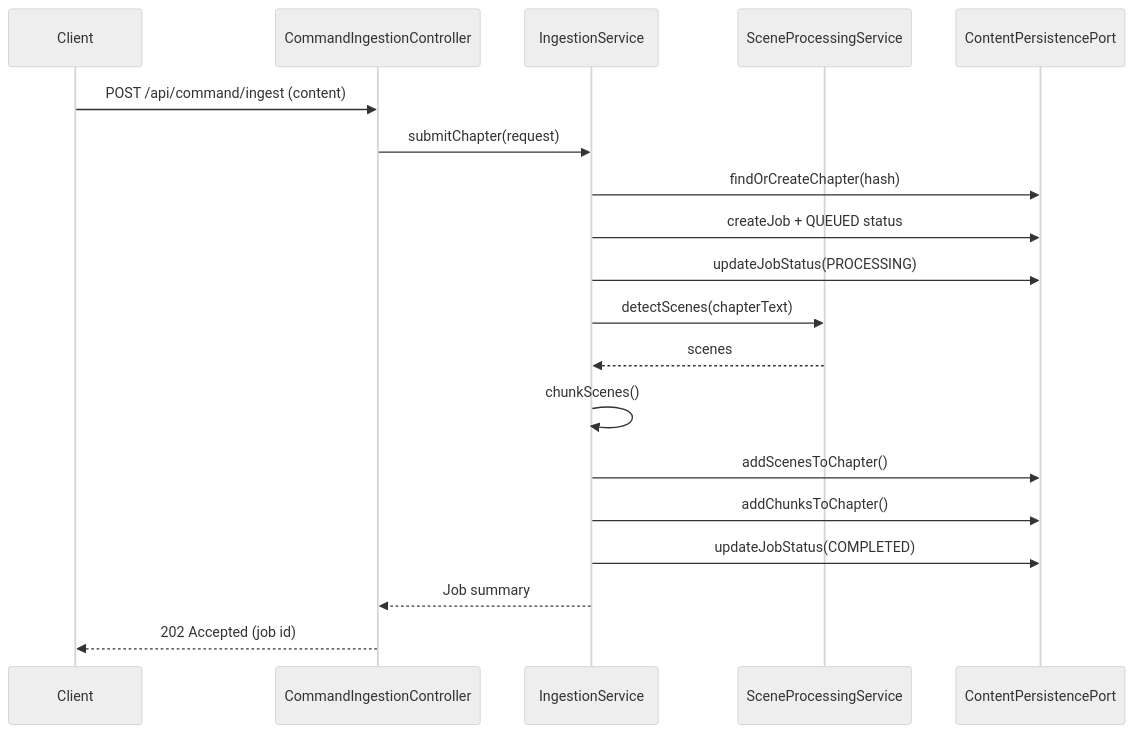
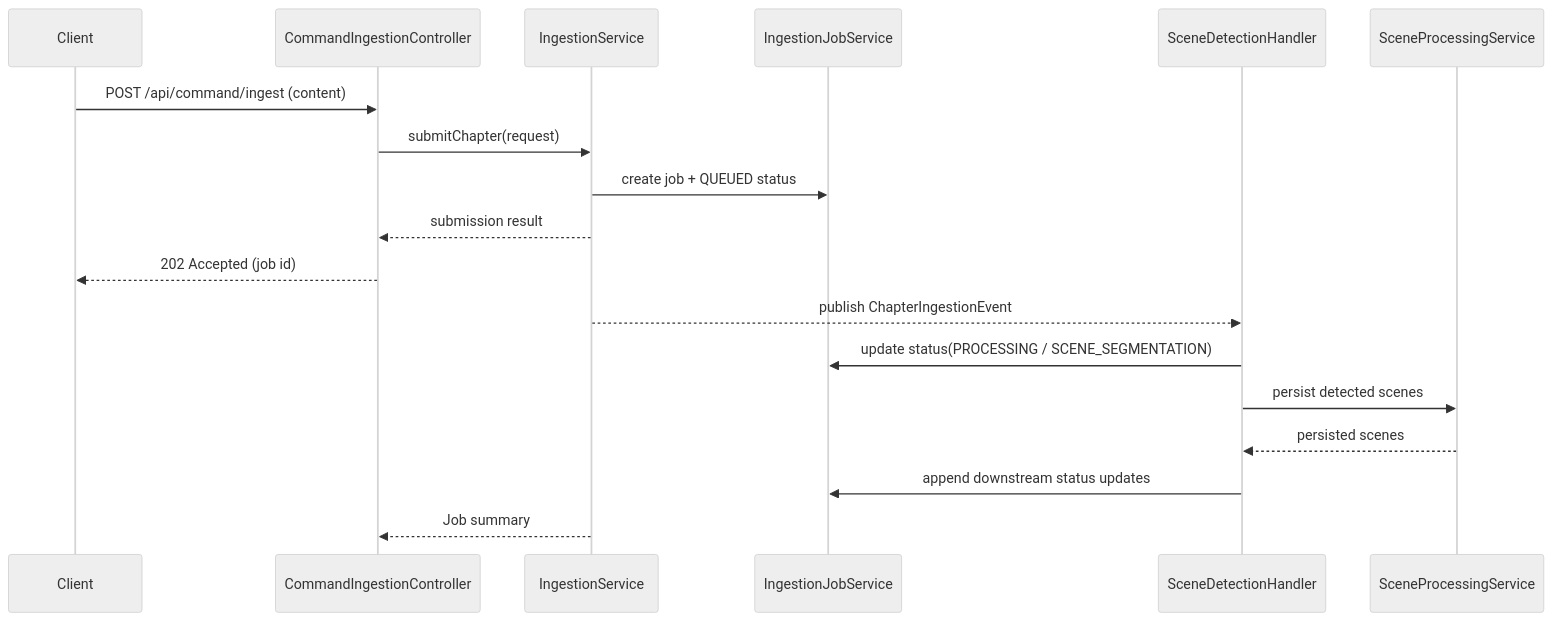
Before and after one commit to chaixdev/lorevault-kb: the second of 2 diagrams in docs/architecture/02-functional-viewpoint.md, drawn with Mermaid (neutral theme). The commit also changed other lines of this file and 29 other files, not shown here.

Commit message:
refactor: finish bounded architecture seam cleanup

````diff
--- a/docs/architecture/02-functional-viewpoint.md
+++ b/docs/architecture/02-functional-viewpoint.md
@@ -62,21 +62,20 @@
 ```mermaid
 sequenceDiagram
     participant Client
     participant API as CommandIngestionController
     participant Ing as IngestionService
-    participant Scene as SceneProcessingService
-    participant Persist as ContentPersistencePort
+    participant Jobs as IngestionJobService
+    participant Scene as SceneDetectionHandler
+    participant Process as SceneProcessingService
     Client->>API: POST /api/command/ingest (content)
     API->>Ing: submitChapter(request)
-    Ing->>Persist: findOrCreateChapter(hash)
-    Ing->>Persist: createJob + QUEUED status
-    Ing->>Persist: updateJobStatus(PROCESSING)
-    Ing->>Scene: detectScenes(chapterText)
-    Scene-->>Ing: scenes
-    Ing->>Ing: chunkScenes()
-    Ing->>Persist: addScenesToChapter()
-    Ing->>Persist: addChunksToChapter()
-    Ing->>Persist: updateJobStatus(COMPLETED)
+    Ing->>Jobs: create job + QUEUED status
+    Ing-->>API: submission result
+    API-->>Client: 202 Accepted (job id)
+    Ing-->>Scene: publish ChapterIngestionEvent
+    Scene->>Jobs: update status(PROCESSING / SCENE_SEGMENTATION)
+    Scene->>Process: persist detected scenes
+    Process-->>Scene: persisted scenes
+    Scene->>Jobs: append downstream status updates
     Ing-->>API: Job summary
-    API-->>Client: 202 Accepted (job id)
 ```
````
